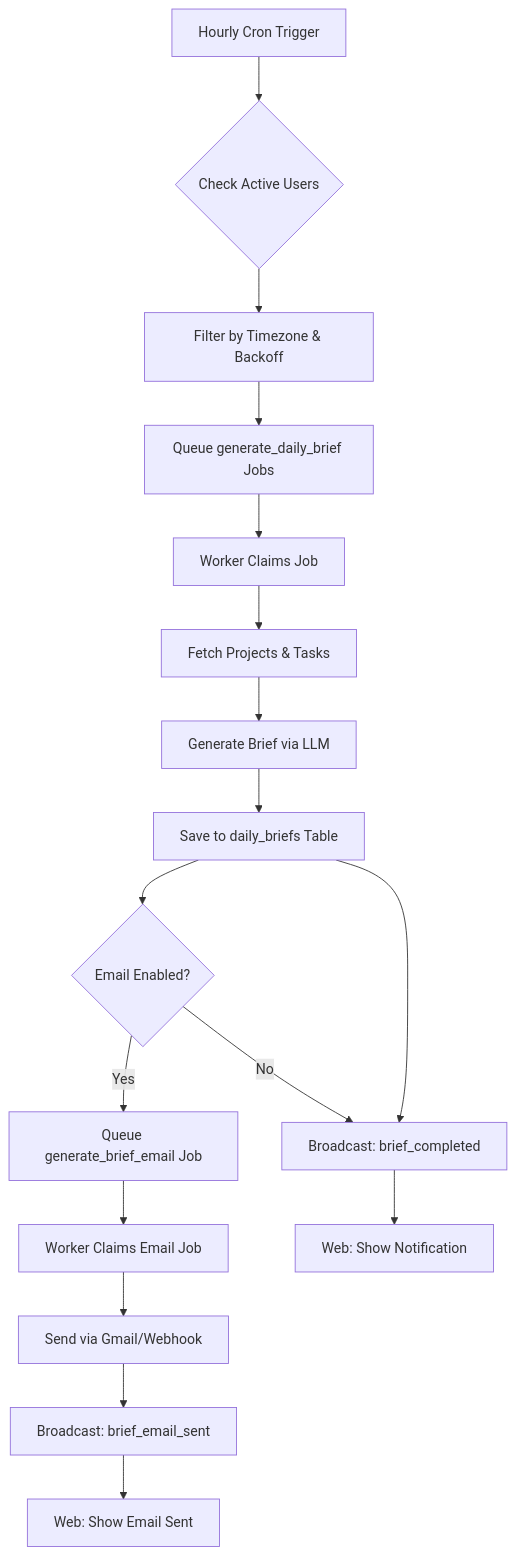
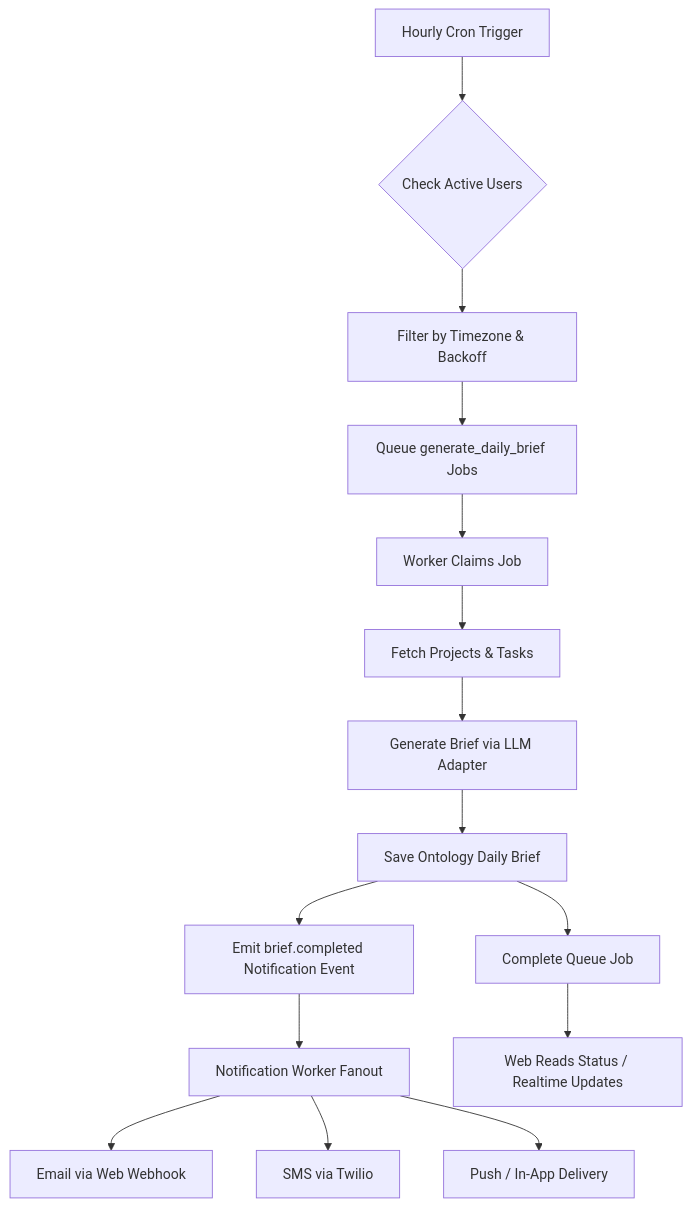
One commit to Wolverine971/buildos-platform changed the fifth of 10 diagrams in docs/architecture/diagrams/WEB-WORKER-ARCHITECTURE.md. Above: the diagram before and after it, drawn with Mermaid. The commit also changed other lines of this file and 100 other files, not shown here.

````diff
--- a/docs/architecture/diagrams/WEB-WORKER-ARCHITECTURE.md
+++ b/docs/architecture/diagrams/WEB-WORKER-ARCHITECTURE.md
@@ -231,23 +248,18 @@
 ```mermaid
 flowchart TD
     START[Hourly Cron Trigger] --> CHECK{Check Active Users}
     CHECK --> FILTER[Filter by Timezone & Backoff]
     FILTER --> QUEUE[Queue generate_daily_brief Jobs]
 
     QUEUE --> WORKER1[Worker Claims Job]
     WORKER1 --> FETCH[Fetch Projects & Tasks]
-    FETCH --> LLM[Generate Brief via LLM]
-    LLM --> SAVE[Save to daily_briefs Table]
-
-    SAVE --> EMAIL_CHECK{Email Enabled?}
-    EMAIL_CHECK -->|Yes| QUEUE_EMAIL[Queue generate_brief_email Job]
-    EMAIL_CHECK -->|No| NOTIFY1
-
-    QUEUE_EMAIL --> WORKER2[Worker Claims Email Job]
-    WORKER2 --> SEND[Send via Gmail/Webhook]
-    SEND --> NOTIFY2[Broadcast: brief_email_sent]
-
-    SAVE --> NOTIFY1[Broadcast: brief_completed]
-    NOTIFY1 --> WEB1[Web: Show Notification]
-    NOTIFY2 --> WEB2[Web: Show Email Sent]
+    FETCH --> LLM[Generate Brief via LLM Adapter]
+    LLM --> SAVE[Save Ontology Daily Brief]
+    SAVE --> EVENT[Emit brief.completed Notification Event]
+    EVENT --> FANOUT[Notification Worker Fanout]
+    FANOUT --> EMAIL[Email via Web Webhook]
+    FANOUT --> SMS[SMS via Twilio]
+    FANOUT --> PUSH[Push / In-App Delivery]
+    SAVE --> STATUS[Complete Queue Job]
+    STATUS --> WEB[Web Reads Status / Realtime Updates]
 ```
````
